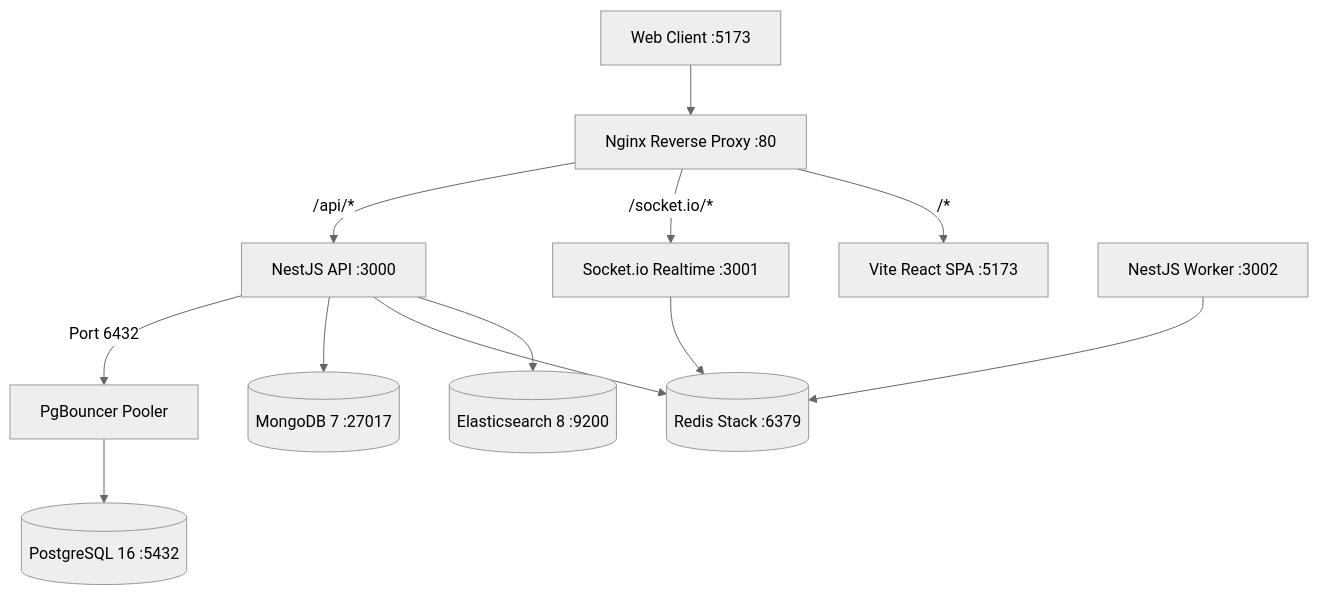
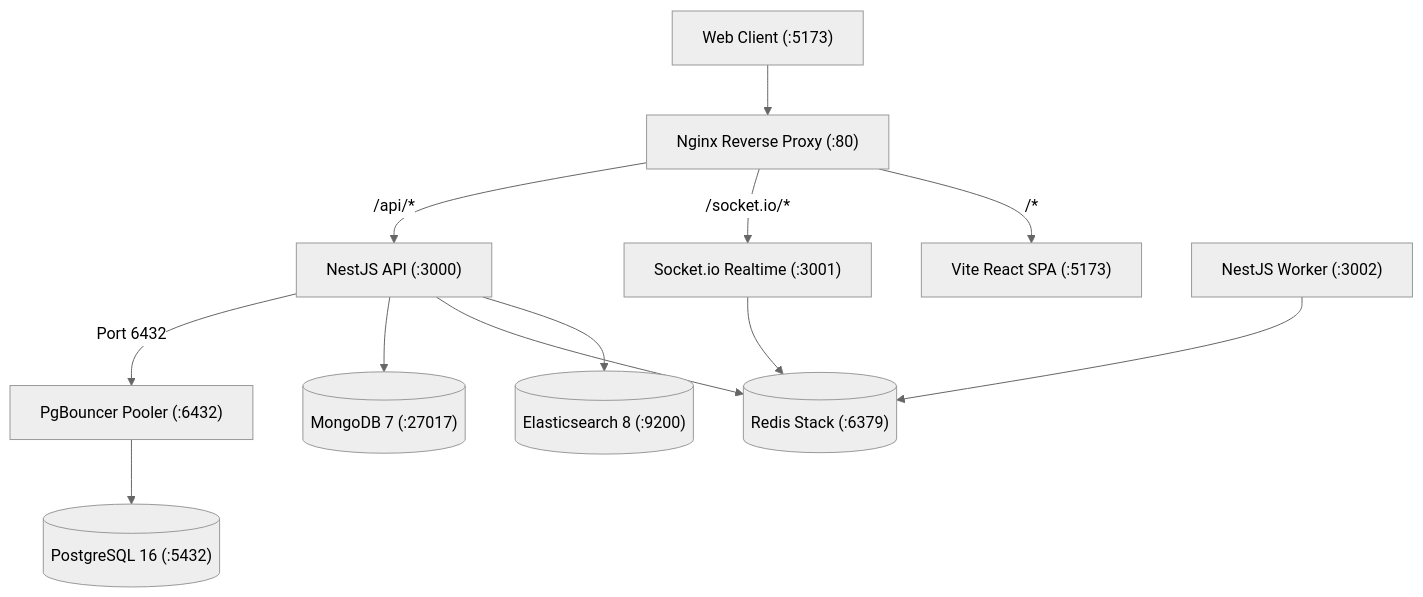
Before and after one commit to mAliz007/UrTicketBuddy: the diagram in README.md, drawn with Mermaid (neutral theme). The commit also changed other lines of this file, not shown here.

````diff
--- a/README.md
+++ b/README.md
@@ -7,16 +9,16 @@
 ```mermaid
 graph TD
-    Client[Web Client :5173] --> Nginx[Nginx Reverse Proxy :80]
-    Nginx -->|/api/*| API[NestJS API :3000]
-    Nginx -->|/socket.io/*| Realtime[Socket.io Realtime :3001]
-    Nginx -->|/*| Web[Vite React SPA :5173]
+    Client["Web Client (:5173)"] --> Nginx["Nginx Reverse Proxy (:80)"]
+    Nginx -->|/api/*| API["NestJS API (:3000)"]
+    Nginx -->|/socket.io/*| Realtime["Socket.io Realtime (:3001)"]
+    Nginx -->|/*| Web["Vite React SPA (:5173)"]
 
-    API -->|Port 6432| PgBouncer[PgBouncer Pooler]
-    PgBouncer --> Postgres[(PostgreSQL 16 :5432)]
-    API --> Mongo[(MongoDB 7 :27017)]
-    API --> Redis[(Redis Stack :6379)]
-    API --> Elastic[(Elasticsearch 8 :9200)]
+    API -->|Port 6432| PgBouncer["PgBouncer Pooler (:6432)"]
+    PgBouncer --> Postgres[("PostgreSQL 16 (:5432)")]
+    API --> Mongo[("MongoDB 7 (:27017)")]
+    API --> Redis[("Redis Stack (:6379)")]
+    API --> Elastic[("Elasticsearch 8 (:9200)")]
 
     Realtime --> Redis
-    Worker[NestJS Worker :3002] --> Redis
+    Worker["NestJS Worker (:3002)"] --> Redis
 ```
````
